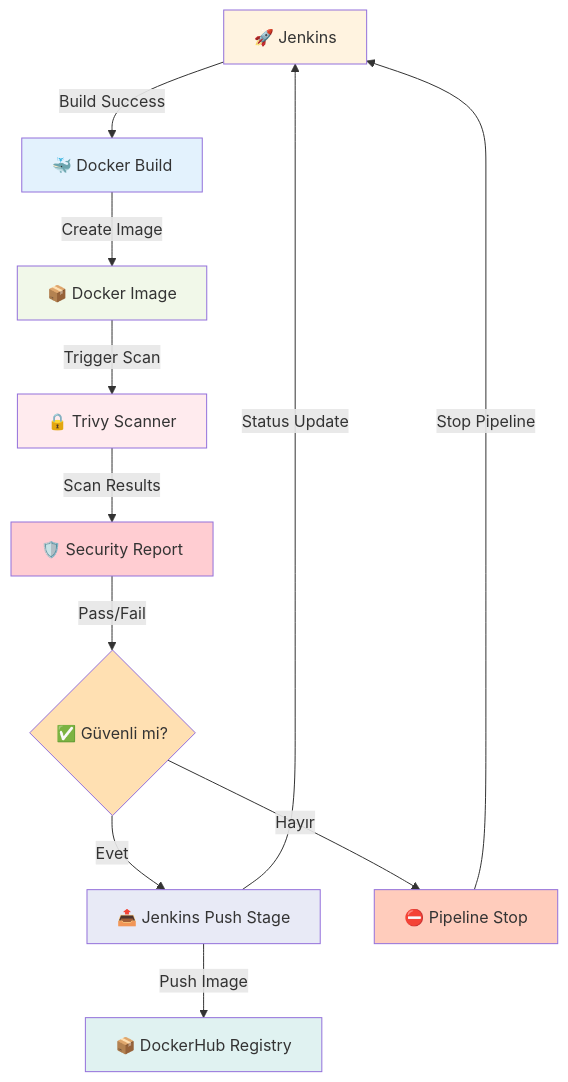
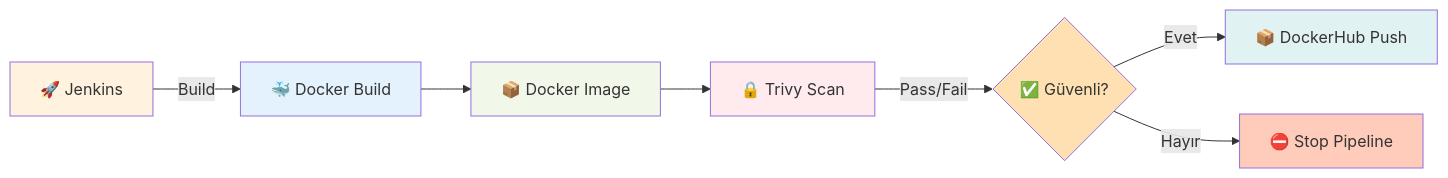
The fourth of 7 diagrams in README.md (onurglr/aws-pipeline), drawn with Mermaid before and after one commit.

````diff
--- a/README.md
+++ b/README.md
@@ -172,23 +172,17 @@
 ```mermaid
-graph TB
-    JM[🚀 Jenkins] -->|Build Success| D[🐳 Docker Build]
-    D -->|Create Image| IMG[📦 Docker Image]
-    IMG -->|Trigger Scan| T[🔒 Trivy Scanner]
-    T -->|Scan Results| SEC[🛡️ Security Report]
-    SEC -->|Pass/Fail| DEC{✅ Güvenli mi?}
-    DEC -->|Evet| PUSH[📤 Jenkins Push Stage]
-    DEC -->|Hayır| FAIL[⛔ Pipeline Stop]
-    PUSH -->|Push Image| DH[📦 DockerHub Registry]
-    PUSH -->|Status Update| JM
-    FAIL -->|Stop Pipeline| JM
+graph LR
+    JM[🚀 Jenkins] -->|Build| D[🐳 Docker Build]
+    D --> IMG[📦 Docker Image]
+    IMG --> T[🔒 Trivy Scan]
+    T -->|Pass/Fail| DEC{✅ Güvenli?}
+    DEC -->|Evet| DH[📦 DockerHub Push]
+    DEC -->|Hayır| STOP[⛔ Stop Pipeline]
 
     style JM fill:#fff3e0
     style D fill:#e3f2fd
     style IMG fill:#f1f8e9
     style T fill:#ffebee
-    style SEC fill:#ffcdd2
     style DEC fill:#ffe0b2
-    style PUSH fill:#e8eaf6
-    style FAIL fill:#ffccbc
     style DH fill:#e0f2f1
+    style STOP fill:#ffccbc
 ```
````
